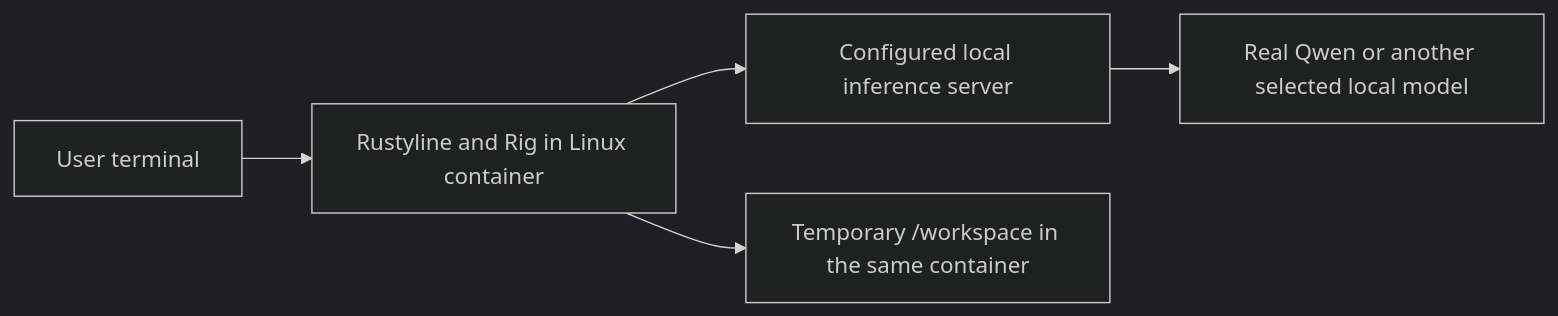
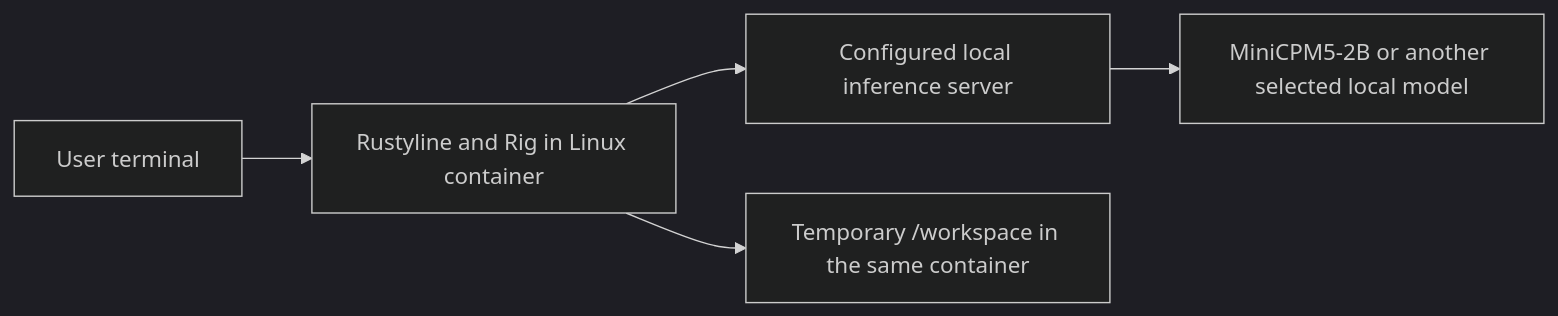
The diagram in openspec/changes/local-model-chat-poc/design.md (sysung/piarre), drawn with Mermaid (dark theme) before and after one commit. The commit also changed other lines of this file and 7 other files, not shown here.

Commit message:
Use MiniCPM5-2B by default and record recall retests

````diff
--- a/openspec/changes/local-model-chat-poc/design.md
+++ b/openspec/changes/local-model-chat-poc/design.md
@@ -28,7 +28,7 @@
 ```mermaid
 flowchart LR
   U[User terminal] --> H[Rustyline and Rig in Linux container]
   H --> R[Configured local inference server]
-  R --> Q[Real Qwen or another selected local model]
+  R --> Q[MiniCPM5-2B or another selected local model]
   H --> W[Temporary /workspace in the same container]
 ```
````
